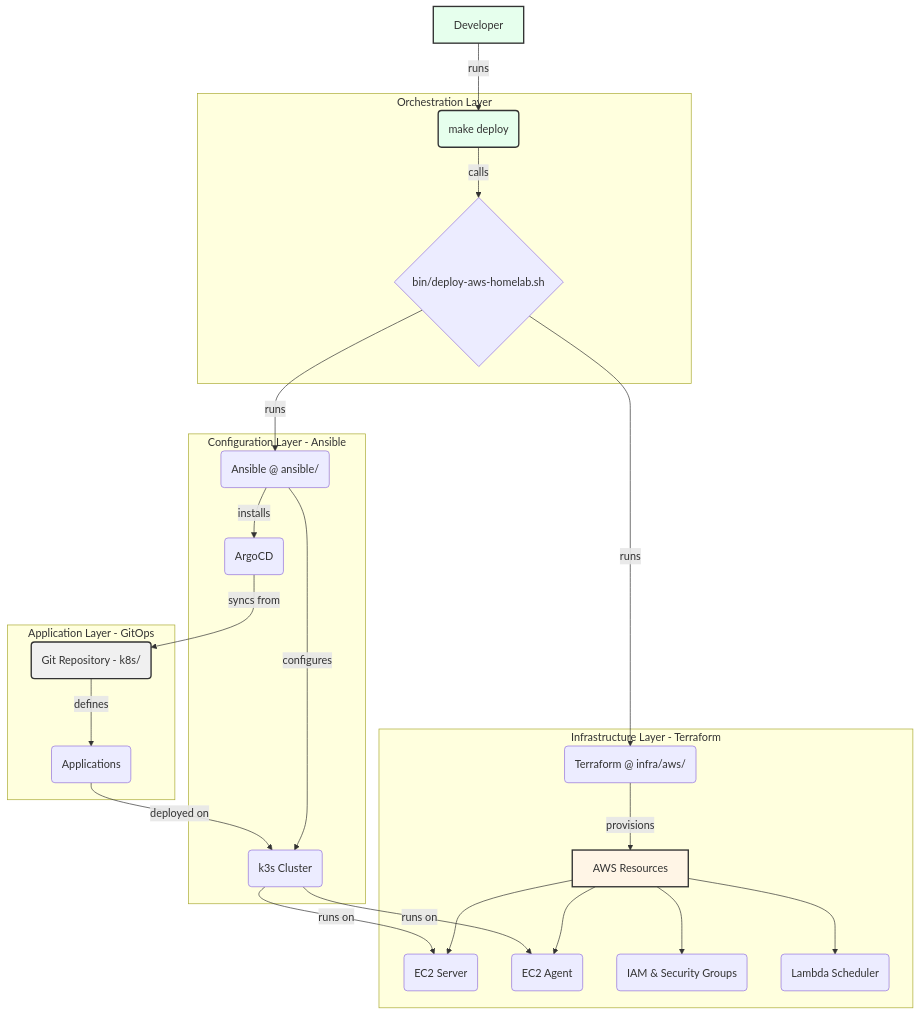
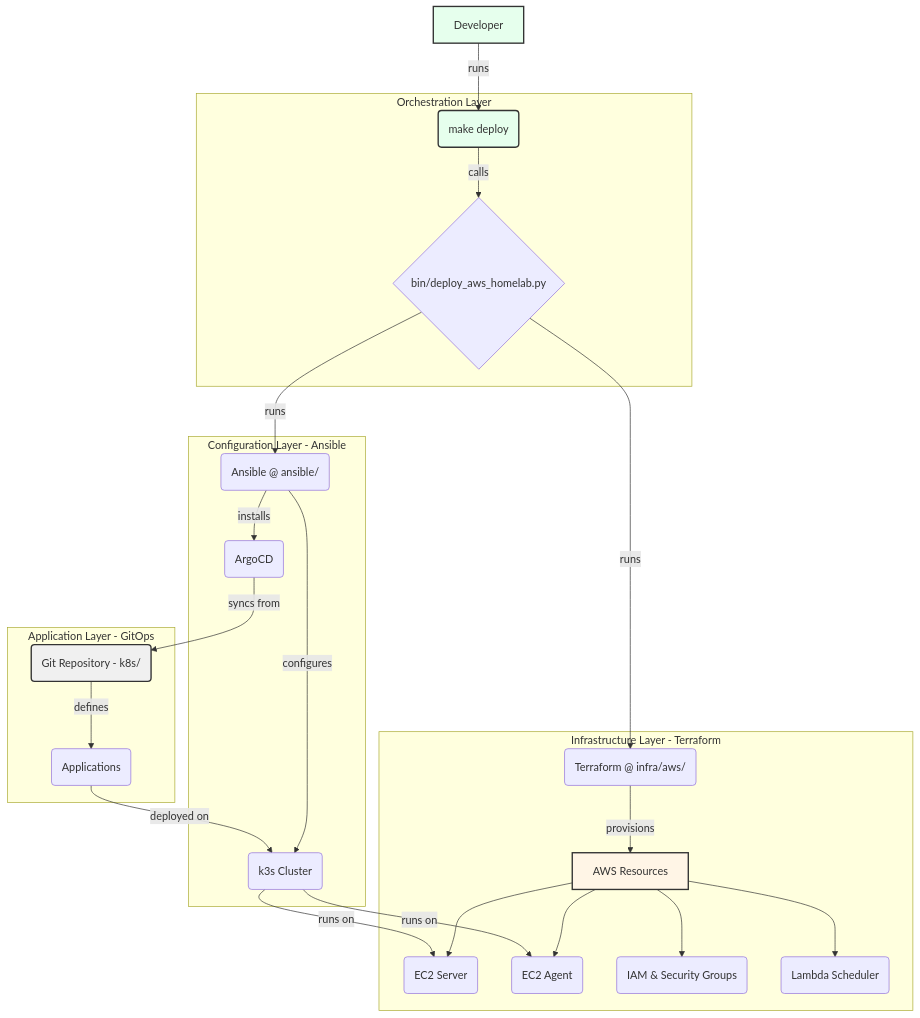
Before and after one commit to ariel-extending851/homelab: the diagram in README.md, drawn with Mermaid. The commit also changed other lines of this file and 83 other files, not shown here.

````diff
--- a/README.md
+++ b/README.md
@@ -9,35 +9,35 @@
 ```mermaid
 graph TD
     A[Developer] -- runs --> B(make deploy);
     subgraph Orchestration Layer
-        B -- calls --> C{bin/deploy-aws-homelab.sh};
+        B -- calls --> C{bin/deploy_aws_homelab.py};
     end
 
     subgraph Infrastructure Layer - Terraform
         C -- runs --> D(Terraform @ infra/aws/);
         D -- provisions --> E[AWS Resources];
         E --> F(EC2 Server);
         E --> G(EC2 Agent);
         E --> H(IAM & Security Groups);
         E --> I(Lambda Scheduler);
     end
 
     subgraph Configuration Layer - Ansible
         C -- runs --> J(Ansible @ ansible/);
         J -- configures --> K(k3s Cluster);
         K -- runs on --> F;
         K -- runs on --> G;
         J -- installs --> L(ArgoCD);
     end
 
     subgraph Application Layer - GitOps
         L -- syncs from --> M(Git Repository - k8s/);
         M -- defines --> N(Applications);
         N -- deployed on --> K;
     end
 
     style A fill:#e6ffed,stroke:#333,stroke-width:2px
     style B fill:#e6ffed,stroke:#333,stroke-width:2px
     style M fill:#f0f0f0,stroke:#333,stroke-width:2px
     style E fill:#fff5e6,stroke:#333,stroke-width:2px
 ```
````
